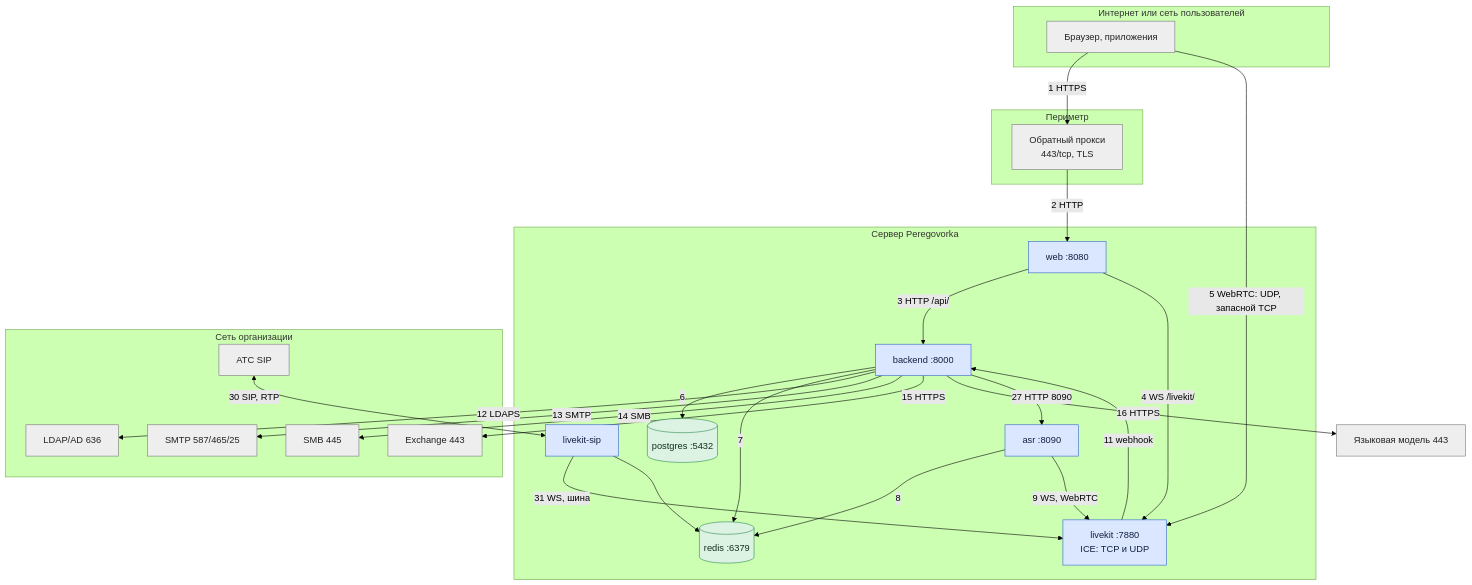
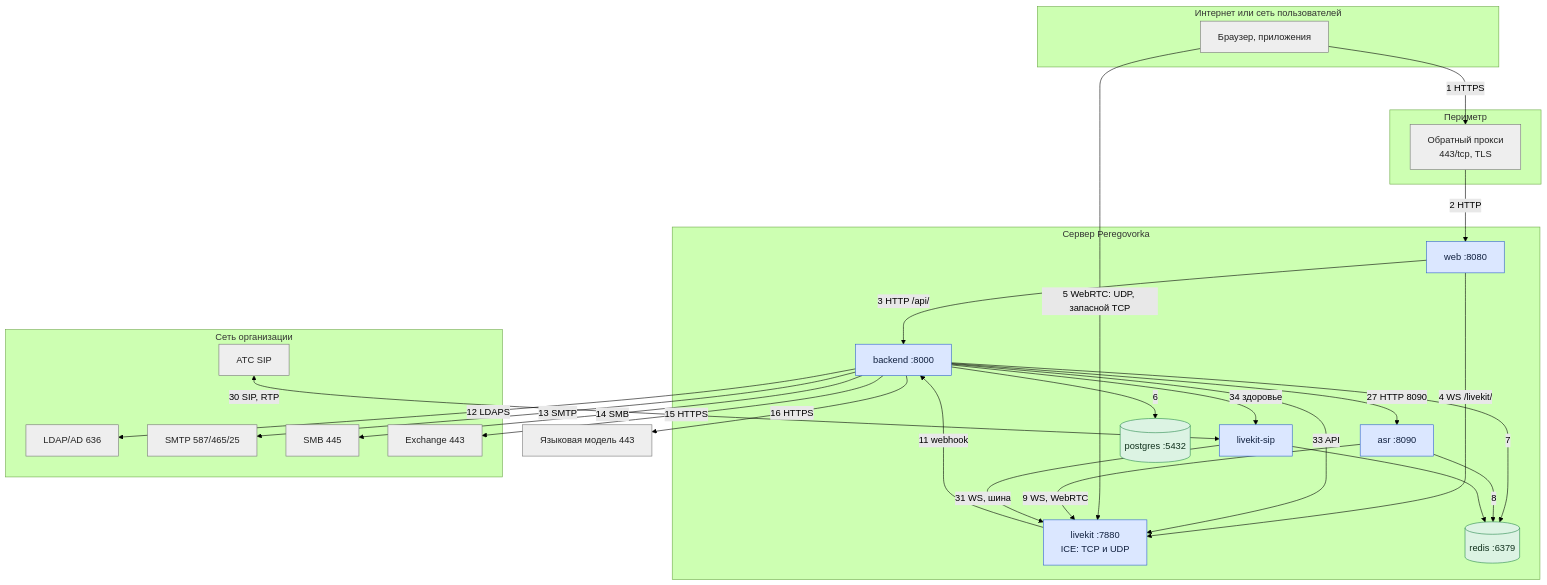
Before and after one commit to calleograph/peregovorka: the first of 3 diagrams in wiki/Архитектура-Сетевые-потоки.md, drawn with Mermaid (forest theme). The commit also changed other lines of this file and 73 other files, not shown here.

````diff
--- a/wiki/Архитектура-Сетевые-потоки.md
+++ b/wiki/Архитектура-Сетевые-потоки.md
@@ -11,48 +11,50 @@
 ```mermaid
 flowchart TB
   subgraph NET["Интернет или сеть пользователей"]
     U["Браузер, приложения"]:::ext
   end
   subgraph DMZ["Периметр"]
     RP["Обратный прокси<br/>443/tcp, TLS"]:::ext
   end
   subgraph SRV["Сервер Peregovorka"]
     W["web :8080"]:::own
     B["backend :8000"]:::own
     LK["livekit :7880<br/>ICE: TCP и UDP"]:::own
     A["asr :8090"]:::own
     SIP["livekit-sip"]:::own
     PG[("postgres :5432")]:::data
     R[("redis :6379")]:::data
   end
   subgraph ORG["Сеть организации"]
     AD["LDAP/AD 636"]:::ext
     SMTP["SMTP 587/465/25"]:::ext
     SMB["SMB 445"]:::ext
     EX["Exchange 443"]:::ext
     PBX["АТС SIP"]:::ext
   end
   LLM["Языковая модель 443"]:::ext
   U -->|"1 HTTPS"| RP
   RP -->|"2 HTTP"| W
   W -->|"3 HTTP /api/"| B
   W -->|"4 WS /livekit/"| LK
+  B -->|"33 API"| LK
   U -->|"5 WebRTC: UDP, запасной TCP"| LK
   B -->|"6"| PG
   B -->|"7"| R
   A -->|"8"| R
   A -->|"9 WS, WebRTC"| LK
   LK -->|"11 webhook"| B
   B -->|"12 LDAPS"| AD
   B -->|"13 SMTP"| SMTP
   B -->|"14 SMB"| SMB
   B -->|"15 HTTPS"| EX
   B -->|"16 HTTPS"| LLM
   B -->|"27 HTTP 8090"| A
+  B -->|"34 здоровье"| SIP
   PBX <-->|"30 SIP, RTP"| SIP
   SIP -->|"31 WS, шина"| LK
   SIP --> R
   classDef own fill:#dbe7ff,stroke:#2f5fd0,color:#10203f
   classDef data fill:#dcf3e3,stroke:#2b8a4e,color:#10301c
   classDef ext fill:#eee,stroke:#777,color:#222
 ```
````
